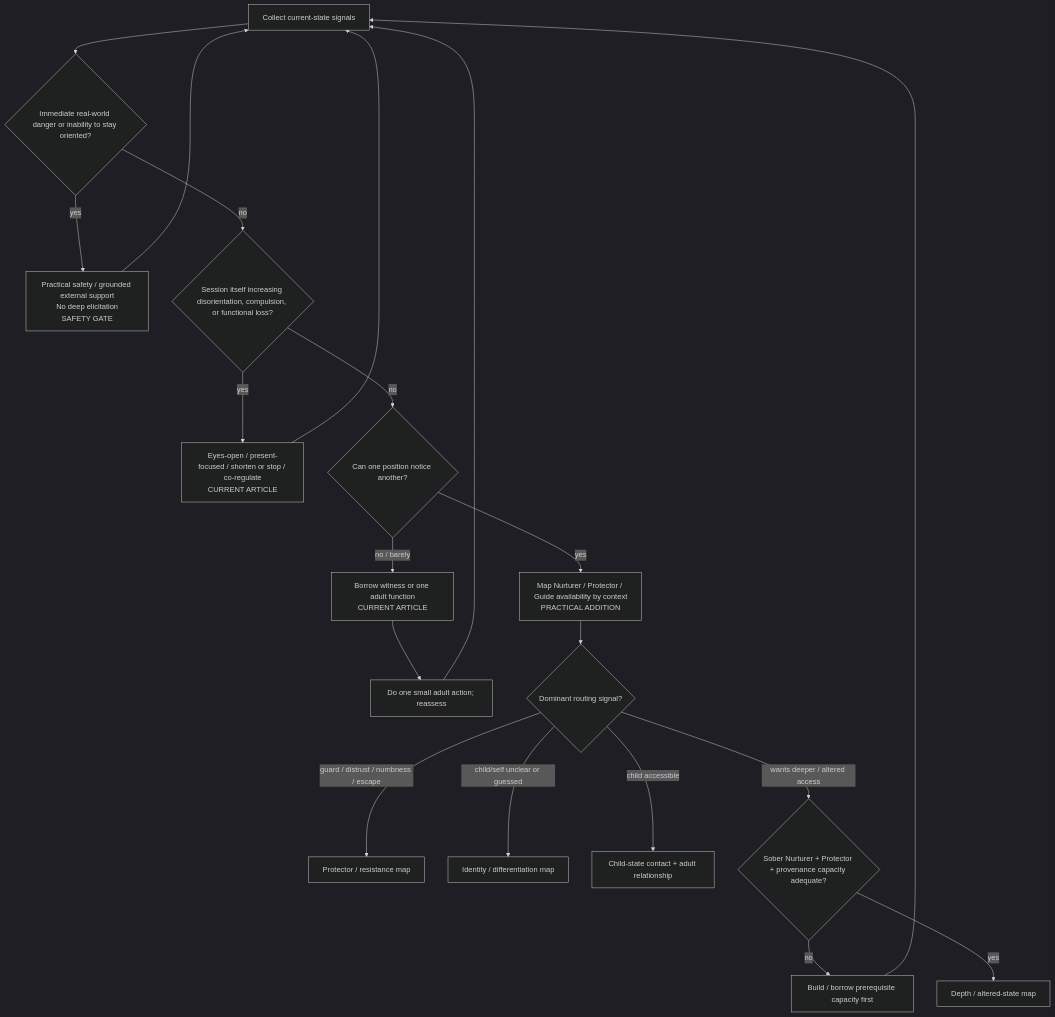
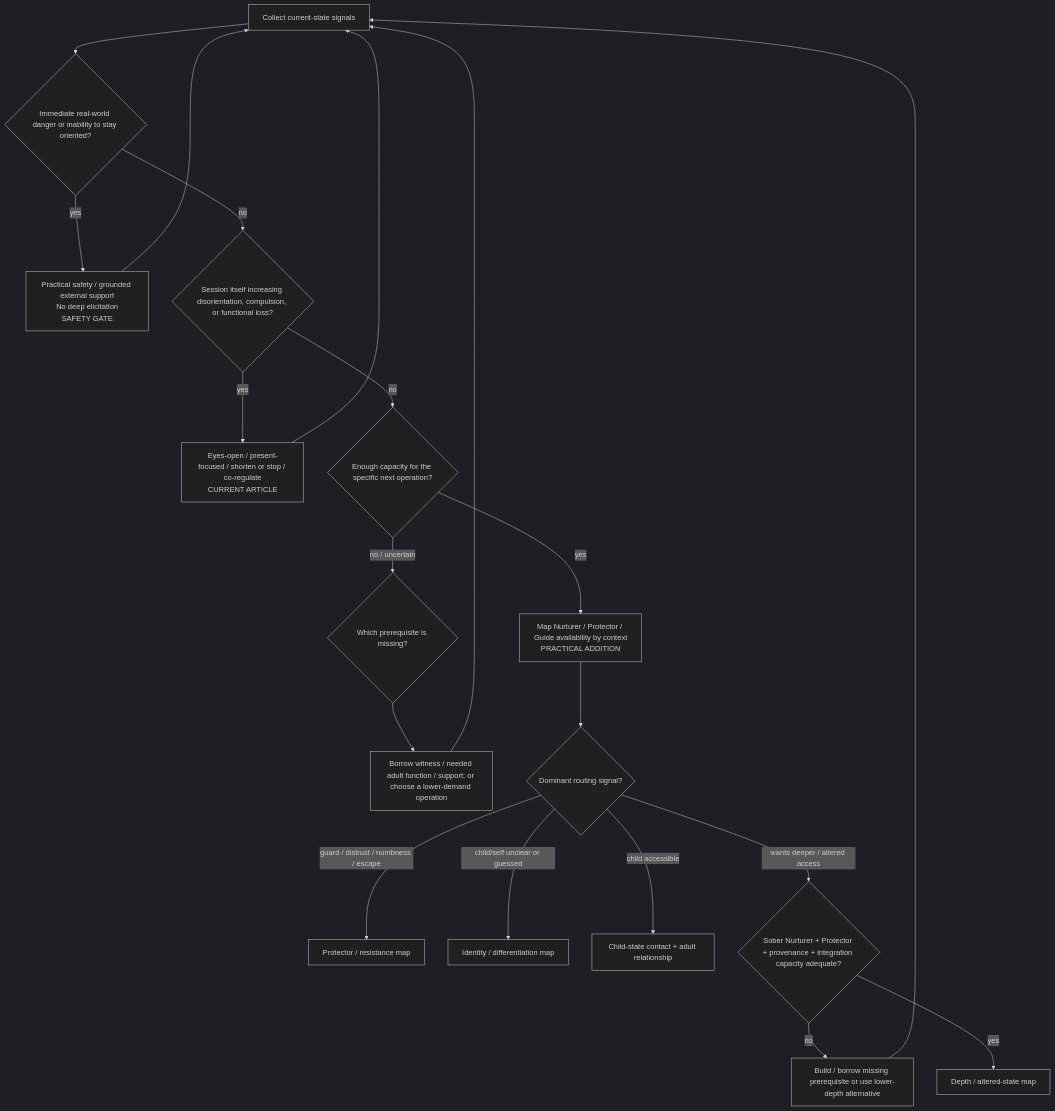
Before and after one commit to u-dont-existDOTcom/creativeTailSampling: the diagram in analysis/inner_child_protocol/maps/01-STATE-ASSESSMENT-AND-ROUTING.md, drawn with Mermaid (dark theme). The commit also changed other lines of this file, not shown here.

Commit message:
Use operation-specific capacity rather than indefinite stabilization gate

````diff
--- a/analysis/inner_child_protocol/maps/01-STATE-ASSESSMENT-AND-ROUTING.md
+++ b/analysis/inner_child_protocol/maps/01-STATE-ASSESSMENT-AND-ROUTING.md
@@ -5,22 +7,22 @@
 ```mermaid
 flowchart TD
     A["Collect current-state signals"] --> B{"Immediate real-world danger or inability to stay oriented?"}
     B -- "yes" --> C["Practical safety / grounded external support<br/>No deep elicitation<br/>SAFETY GATE"]
     C --> A
     B -- "no" --> D{"Session itself increasing disorientation, compulsion, or functional loss?"}
     D -- "yes" --> E["Eyes-open / present-focused / shorten or stop / co-regulate<br/>CURRENT ARTICLE"]
     E --> A
-    D -- "no" --> F{"Can one position notice another?"}
-    F -- "no / barely" --> G["Borrow witness or one adult function<br/>CURRENT ARTICLE"]
-    G --> H["Do one small adult action; reassess"]
+    D -- "no" --> F{"Enough capacity for the specific next operation?"}
+    F -- "no / uncertain" --> G{"Which prerequisite is missing?"}
+    G --> H["Borrow witness / needed adult function / support; or choose a lower-demand operation"]
     H --> A
     F -- "yes" --> I["Map Nurturer / Protector / Guide availability by context<br/>PRACTICAL ADDITION"]
     I --> J{"Dominant routing signal?"}
     J -- "guard / distrust / numbness / escape" --> K["Protector / resistance map"]
     J -- "child/self unclear or guessed" --> L["Identity / differentiation map"]
     J -- "child accessible" --> M["Child-state contact + adult relationship"]
-    J -- "wants deeper / altered access" --> N{"Sober Nurturer + Protector + provenance capacity adequate?"}
-    N -- "no" --> O["Build / borrow prerequisite capacity first"]
+    J -- "wants deeper / altered access" --> N{"Sober Nurturer + Protector + provenance + integration capacity adequate?"}
+    N -- "no" --> O["Build / borrow missing prerequisite or use lower-depth alternative"]
     O --> A
     N -- "yes" --> P["Depth / altered-state map"]
 ```
````
